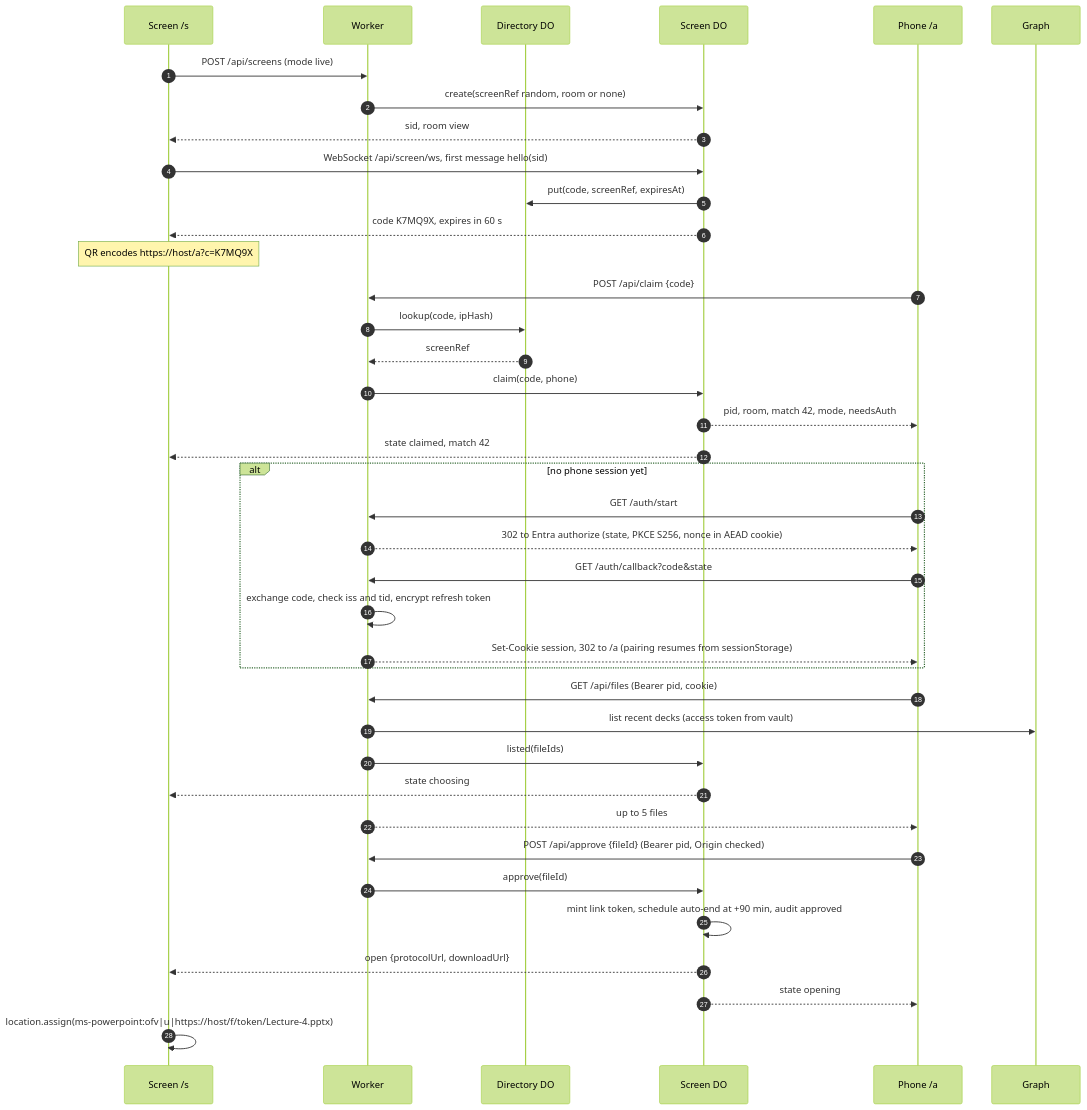
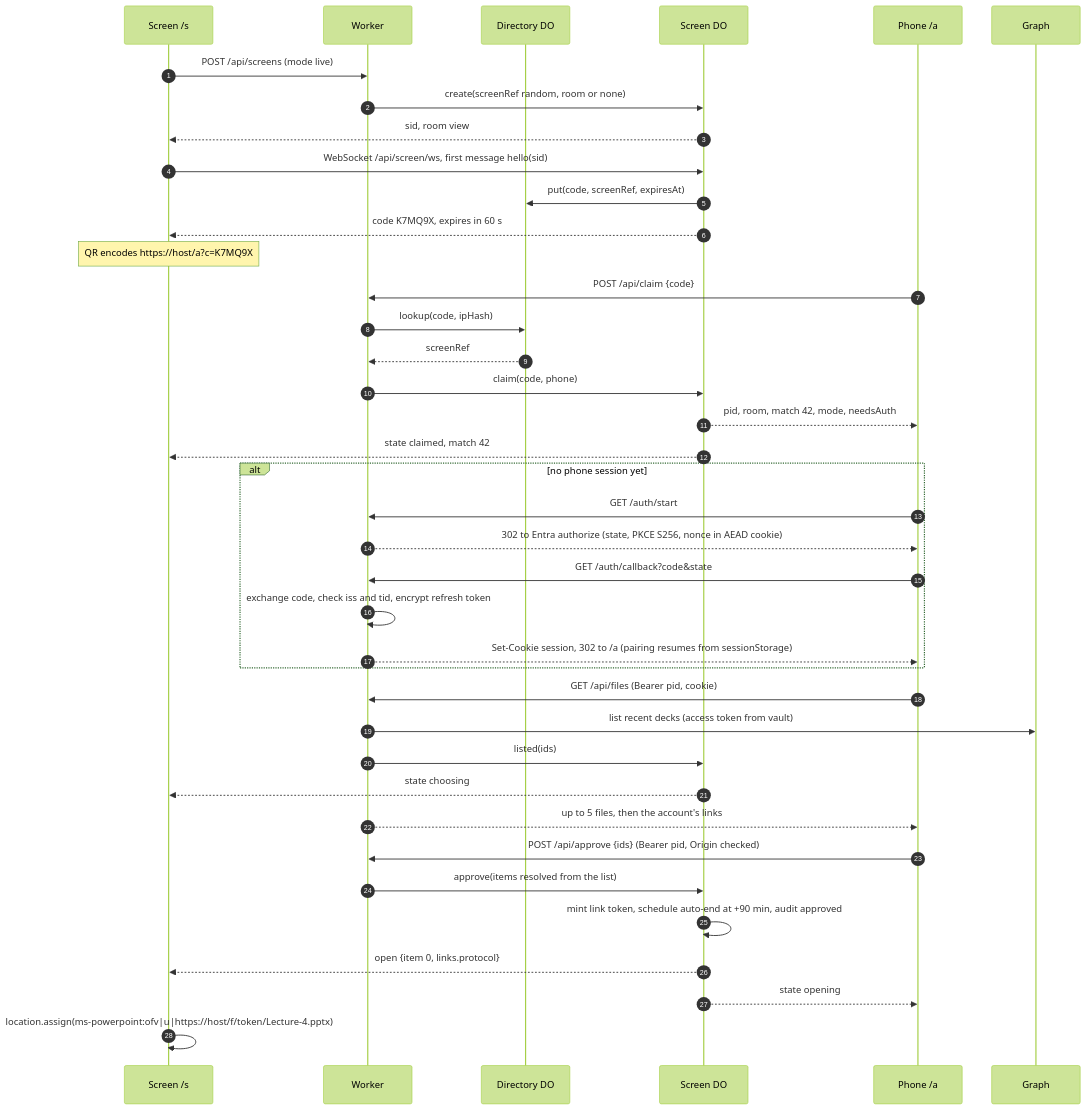
Before and after one commit to CyberSandwich/bloop: the third of 5 diagrams in docs/architecture.md, drawn with Mermaid (forest theme). The commit also changed other lines of this file and 55 other files, not shown here.

First line of the commit message:
session: holds a list of items (files and links) instead of one file

````diff
--- a/docs/architecture.md
+++ b/docs/architecture.md
@@ -83,41 +83,41 @@
 ```mermaid
 sequenceDiagram
   autonumber
   participant S as Screen /s
   participant W as Worker
   participant D as Directory DO
   participant R as Screen DO
   participant P as Phone /a
   participant G as Graph
   S->>W: POST /api/screens (mode live)
   W->>R: create(screenRef random, room or none)
   R-->>S: sid, room view
   S->>R: WebSocket /api/screen/ws, first message hello(sid)
   R->>D: put(code, screenRef, expiresAt)
   R-->>S: code K7MQ9X, expires in 60 s
   Note over S: QR encodes https://host/a?c=K7MQ9X
   P->>W: POST /api/claim {code}
   W->>D: lookup(code, ipHash)
   D-->>W: screenRef
   W->>R: claim(code, phone)
   R-->>P: pid, room, match 42, mode, needsAuth
   R-->>S: state claimed, match 42
   alt no phone session yet
     P->>W: GET /auth/start
     W-->>P: 302 to Entra authorize (state, PKCE S256, nonce in AEAD cookie)
     P->>W: GET /auth/callback?code&state
     W->>W: exchange code, check iss and tid, encrypt refresh token
     W-->>P: Set-Cookie session, 302 to /a (pairing resumes from sessionStorage)
   end
   P->>W: GET /api/files (Bearer pid, cookie)
   W->>G: list recent decks (access token from vault)
-  W->>R: listed(fileIds)
+  W->>R: listed(ids)
   R-->>S: state choosing
-  W-->>P: up to 5 files
-  P->>W: POST /api/approve {fileId} (Bearer pid, Origin checked)
-  W->>R: approve(fileId)
+  W-->>P: up to 5 files, then the account's links
+  P->>W: POST /api/approve {ids} (Bearer pid, Origin checked)
+  W->>R: approve(items resolved from the list)
   R->>R: mint link token, schedule auto-end at +90 min, audit approved
-  R-->>S: open {protocolUrl, downloadUrl}
+  R-->>S: open {item 0, links.protocol}
   R-->>P: state opening
   S->>S: location.assign(ms-powerpoint:ofv|u|https://host/f/token/Lecture-4.pptx)
 ```
````
